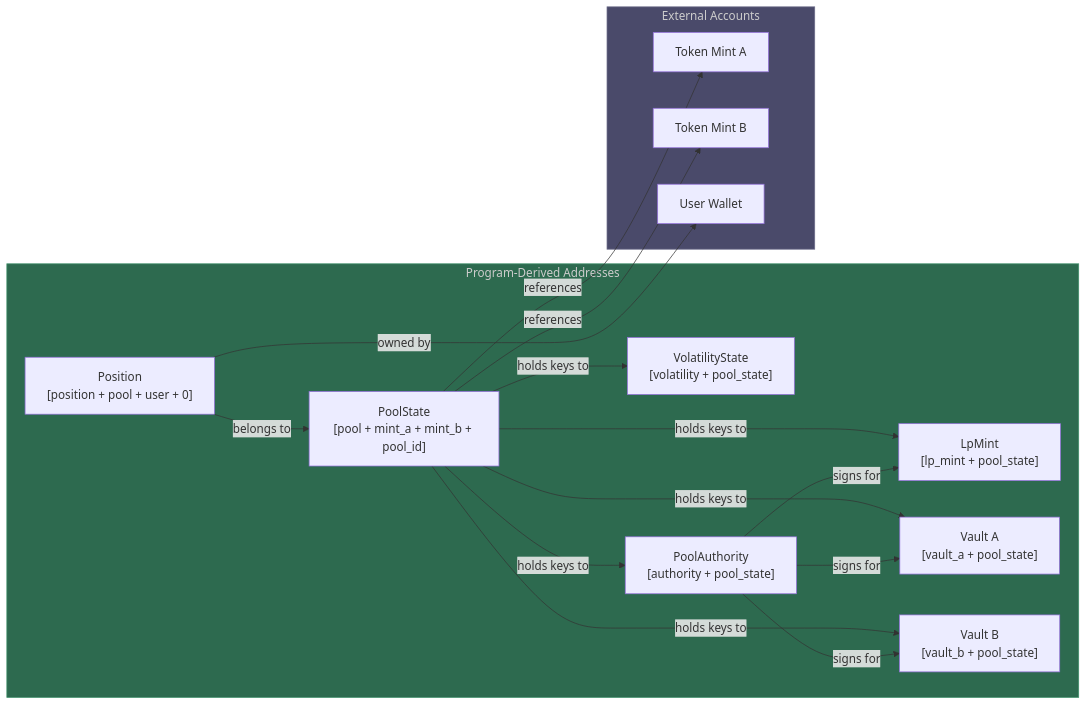
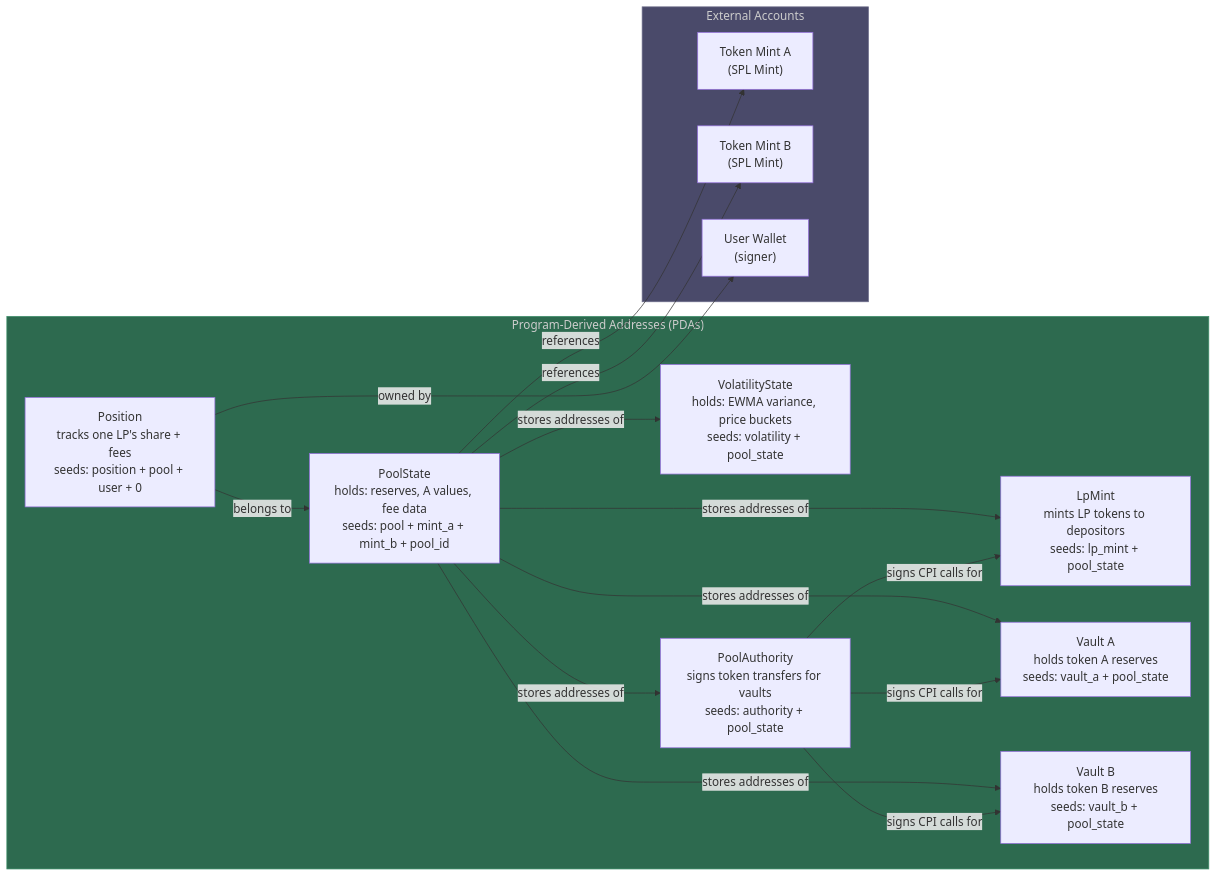
Before and after one commit to srivtx/vamm-capstone: the second of 6 diagrams in ARCHITECTURE.md, drawn with Mermaid. The commit also changed other lines of this file, not shown here.

Commit message:
rewrite architecture doc: explain every concept, beginner-friendly

````diff
--- a/ARCHITECTURE.md
+++ b/ARCHITECTURE.md
@@ -45,27 +67,27 @@
 ```mermaid
 graph LR
-    subgraph PDAS["Program-Derived Addresses"]
-        PS["PoolState<br/>[pool + mint_a + mint_b + pool_id]"]
-        VS["VolatilityState<br/>[volatility + pool_state]"]
-        AUTH["PoolAuthority<br/>[authority + pool_state]"]
-        LP["LpMint<br/>[lp_mint + pool_state]"]
-        VA["Vault A<br/>[vault_a + pool_state]"]
-        VB["Vault B<br/>[vault_b + pool_state]"]
-        POS["Position<br/>[position + pool + user + 0]"]
+    subgraph PDAS["Program-Derived Addresses (PDAs)"]
+        PS["PoolState<br/>holds: reserves, A values, fee data<br/>seeds: pool + mint_a + mint_b + pool_id"]
+        VS["VolatilityState<br/>holds: EWMA variance, price buckets<br/>seeds: volatility + pool_state"]
+        AUTH["PoolAuthority<br/>signs token transfers for vaults<br/>seeds: authority + pool_state"]
+        LP["LpMint<br/>mints LP tokens to depositors<br/>seeds: lp_mint + pool_state"]
+        VA["Vault A<br/>holds token A reserves<br/>seeds: vault_a + pool_state"]
+        VB["Vault B<br/>holds token B reserves<br/>seeds: vault_b + pool_state"]
+        POS["Position<br/>tracks one LP's share + fees<br/>seeds: position + pool + user + 0"]
     end
 
     subgraph EXTERNAL["External Accounts"]
-        MA["Token Mint A"]
-        MB["Token Mint B"]
-        USER["User Wallet"]
+        MA["Token Mint A<br/>(SPL Mint)"]
+        MB["Token Mint B<br/>(SPL Mint)"]
+        USER["User Wallet<br/>(signer)"]
     end
 
-    PS -->|"holds keys to"| VS & AUTH & LP & VA & VB
+    PS -->|"stores addresses of"| VS & AUTH & LP & VA & VB
     PS -->|"references"| MA & MB
     POS -->|"belongs to"| PS
     POS -->|"owned by"| USER
-    AUTH -->|"signs for"| VA & VB & LP
+    AUTH -->|"signs CPI calls for"| VA & VB & LP
 
     style PDAS fill:#2d6a4f,stroke:#40916c,color:#ccc
     style EXTERNAL fill:#4a4a6a,stroke:#6c6c8a,color:#ccc
 ```
````
